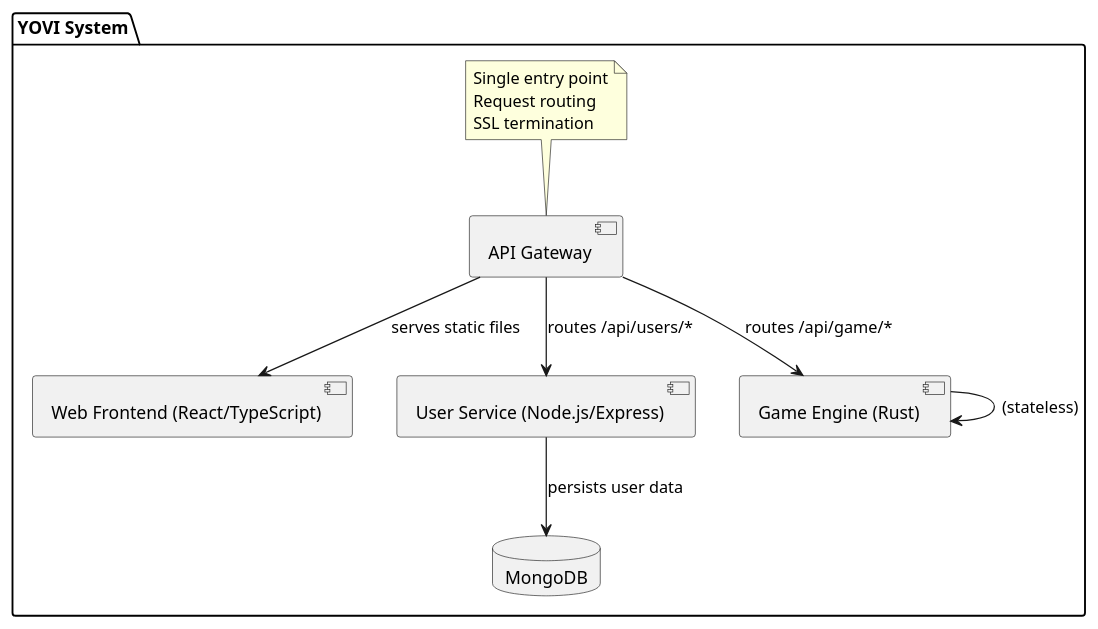
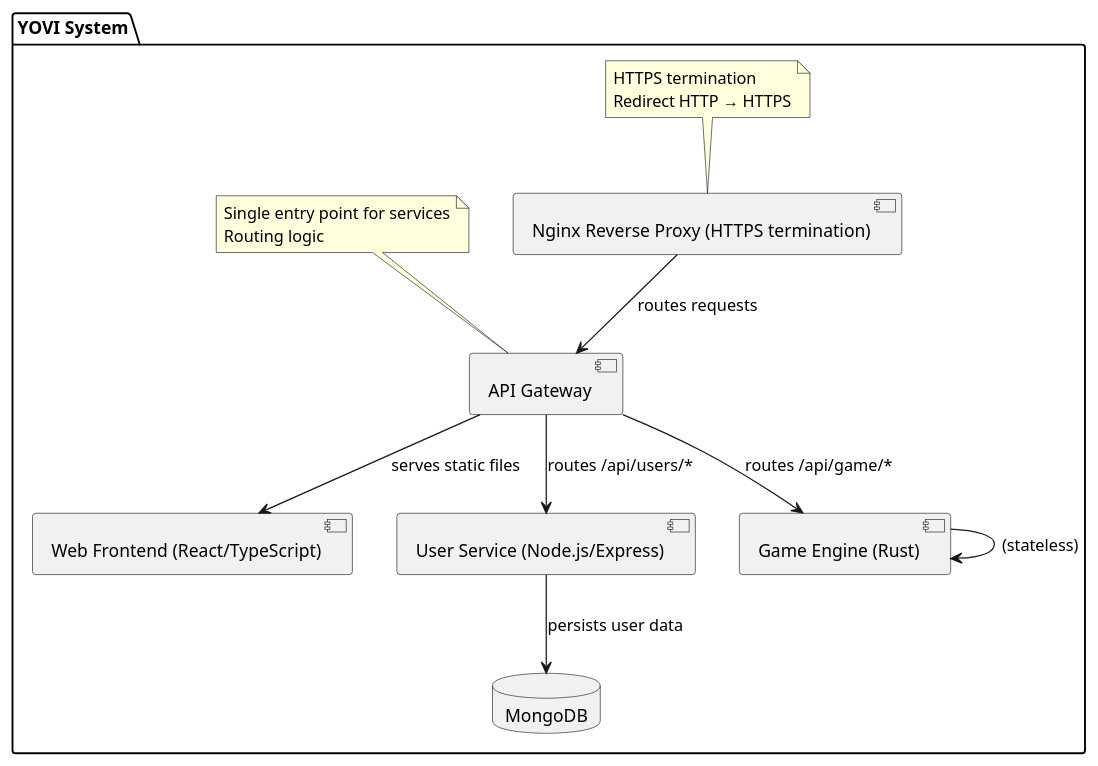
The diagram in docs/src/04_solution_strategy.adoc (Arquisoft/yovi_en2c), drawn with PlantUML before and after one commit. The commit also changed other lines of this file, not shown here.

```diff
--- a/docs/src/04_solution_strategy.adoc
+++ b/docs/src/04_solution_strategy.adoc
@@ -44,30 +42,37 @@
-[plantuml,"Service Decomposition",png]
+[plantuml,"Service Decomposition with Reverse Proxy",png]
 ----
 @startuml
 package "YOVI System" {
+
+  component "Nginx Reverse Proxy (HTTPS termination)" as Proxy
 
   component "API Gateway" as Gateway
 
   component "Web Frontend (React/TypeScript)" as Webapp
 
   component "User Service (Node.js/Express)" as Users
 
   component "Game Engine (Rust)" as Gamey
 
   database "MongoDB" as DB
 
+  Proxy --> Gateway : routes requests
   Gateway --> Webapp : serves static files
   Gateway --> Users : routes /api/users/*
   Gateway --> Gamey : routes /api/game/*
 
   Users --> DB : persists user data
   Gamey --> Gamey : (stateless)
 
-  note top of Gateway
-    Single entry point
-    Request routing
-    SSL termination
+  note top of Proxy
+    HTTPS termination
+    Redirect HTTP → HTTPS
   end note
 
+  note top of Gateway
+    Single entry point for services
+    Routing logic
+  end note
+}
 @enduml
 ----
```
